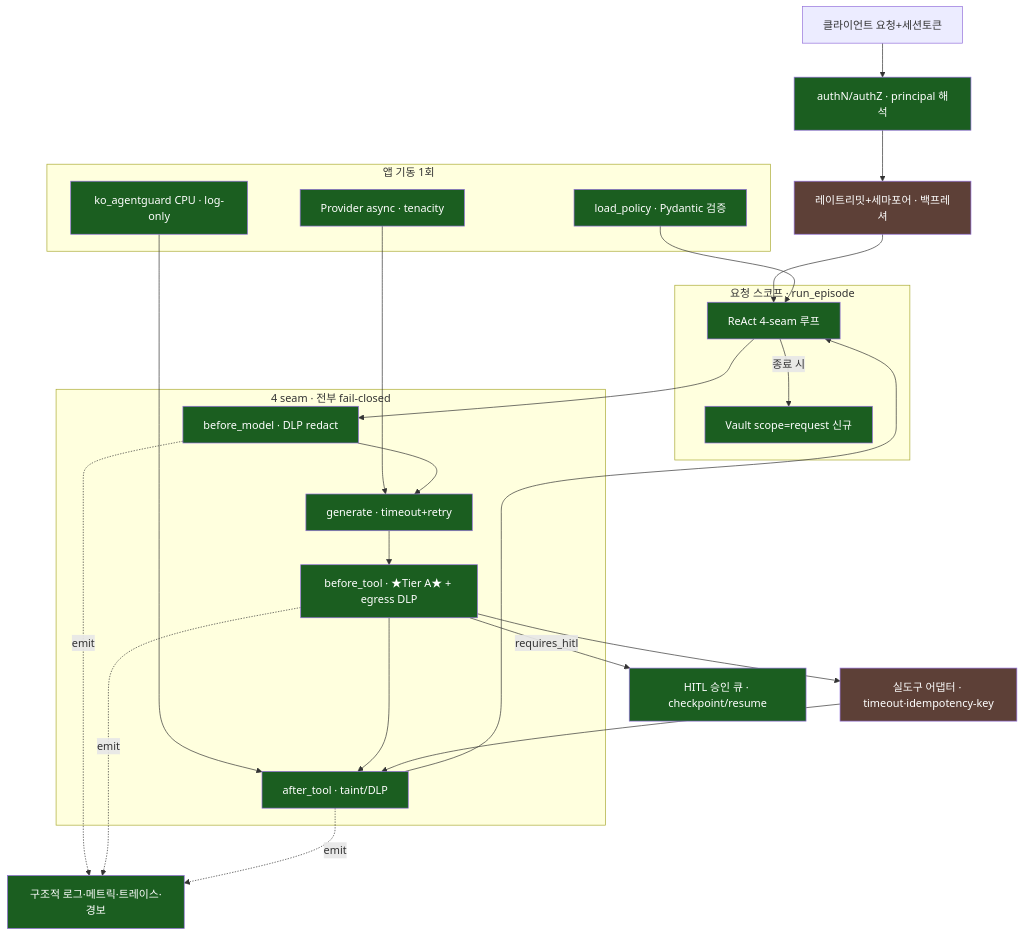
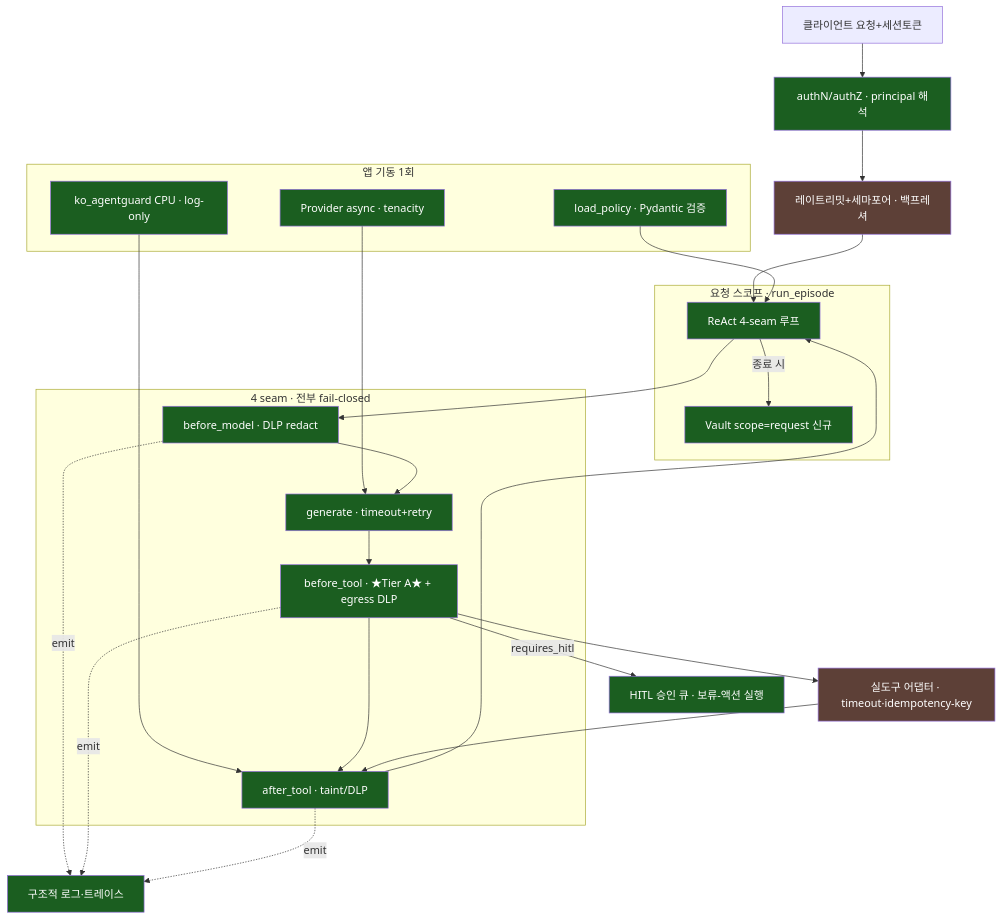
Before and after one commit to seok-hee97/garim-guard: the diagram in docs/PRODUCTION.md, drawn with Mermaid. The commit also changed other lines of this file and 11 other files, not shown here.

First line of the commit message:
fix(R6): 재현성 계보 레일-인지화 + 다이어그램/사유 문구 정정

````diff
--- a/docs/PRODUCTION.md
+++ b/docs/PRODUCTION.md
@@ -64,37 +64,37 @@
 ```mermaid
 flowchart TB
     U[클라이언트 요청+세션토큰] --> AUTH[authN/authZ · principal 해석]
     AUTH --> RL[레이트리밋+세마포어 · 백프레셔]
     RL --> LOOP
 
     subgraph startup[앱 기동 1회]
       POL[load_policy · Pydantic 검증]
       PRV[Provider async · tenacity]
       RAIL[ko_agentguard CPU · log-only]
     end
     POL --> LOOP
     PRV --> GEN
     RAIL --> AT
 
     subgraph req[요청 스코프 · run_episode]
       VAULT[Vault scope=request 신규]
       LOOP[ReAct 4-seam 루프]
     end
 
     subgraph seams[4 seam · 전부 fail-closed]
       BM[before_model · DLP redact] --> GEN[generate · timeout+retry]
       GEN --> BT[before_tool · ★Tier A★ + egress DLP]
       BT --> AT[after_tool · taint/DLP]
     end
     LOOP --> BM
-    BT -->|requires_hitl| HITL[HITL 승인 큐 · checkpoint/resume]
+    BT -->|requires_hitl| HITL[HITL 승인 큐 · 보류-액션 실행]
     BT --> TOOL[실도구 어댑터 · timeout·idempotency-key]
     TOOL --> AT --> LOOP
     LOOP -->|종료 시| VAULT
-    BM & BT & AT -.emit.-> OBS[구조적 로그·메트릭·트레이스·경보]
+    BM & BT & AT -.emit.-> OBS[구조적 로그·트레이스]
 
     classDef done fill:#1b5e20,color:#fff
     classDef todo fill:#5d4037,color:#fff
-    class BM,GEN,BT,AT,VAULT,LOOP,PRV,POL,RAIL,OBS,AUTH,HITL done
+    class BM,GEN,BT,AT,VAULT,LOOP,PRV,POL,RAIL,AUTH,HITL,OBS done
     class RL,TOOL todo
 ```
````
